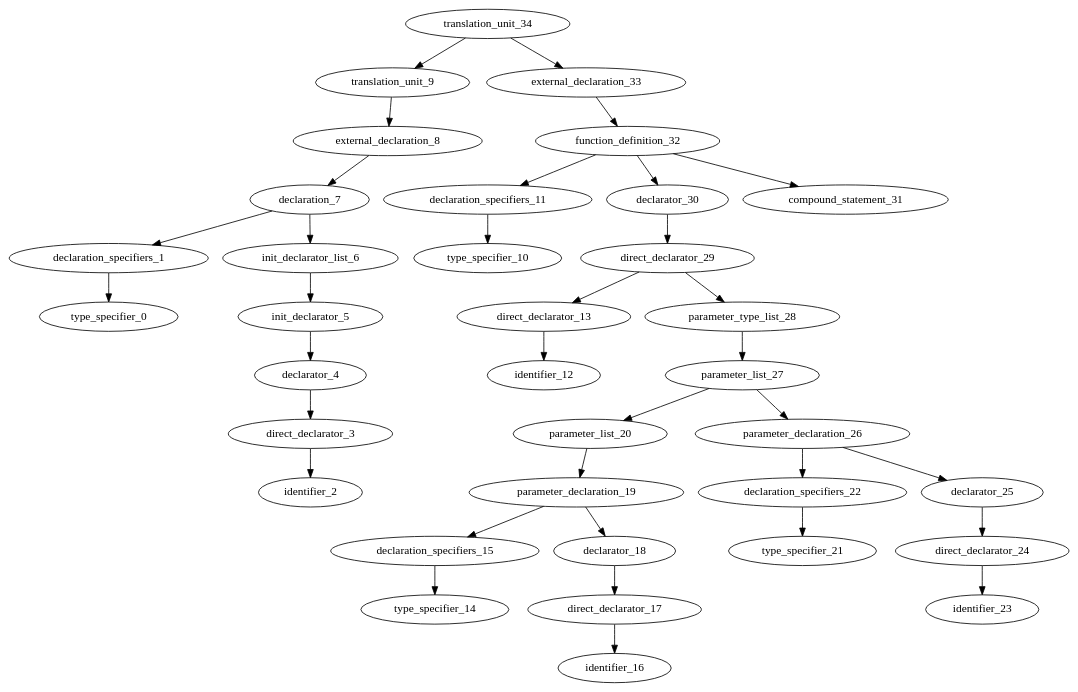
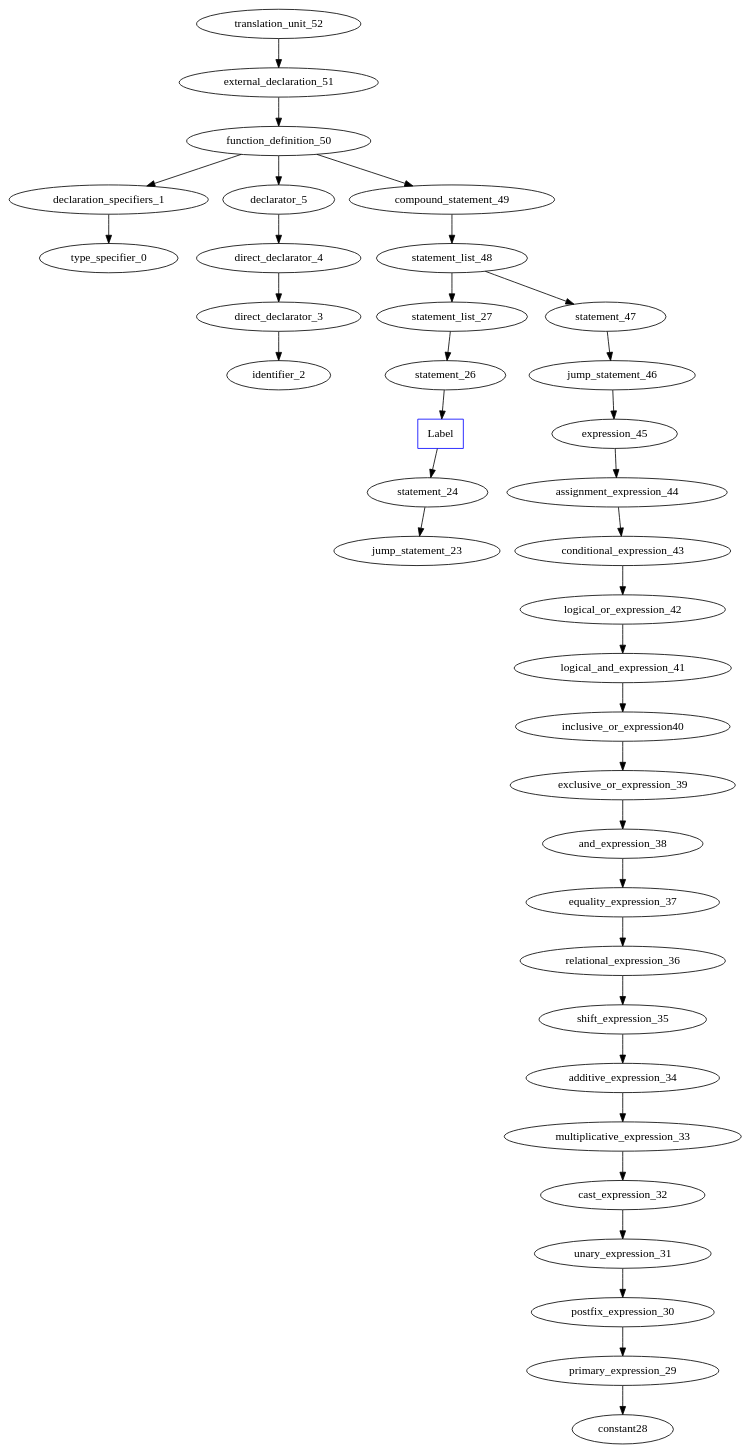
Before and after one commit to ahpalmerUNR/c_compiler: the diagram in graphs/default.gv, drawn with Graphviz. The commit also changed 7 other files, not shown here.

```diff
--- a/graphs/default.gv
+++ b/graphs/default.gv
@@ -1,36 +1,38 @@
 digraph AST {
-	translation_unit_34 -> translation_unit_9;
-	translation_unit_9 -> external_declaration_8;
-	external_declaration_8 -> declaration_7;
-	declaration_7 -> declaration_specifiers_1;
+	translation_unit_52 -> external_declaration_51;
+	external_declaration_51 -> function_definition_50;
+	function_definition_50 -> declaration_specifiers_1;
 	declaration_specifiers_1 -> type_specifier_0;
-	declaration_7 -> init_declarator_list_6;
-	init_declarator_list_6 -> init_declarator_5;
-	init_declarator_5 -> declarator_4;
-	declarator_4 -> direct_declarator_3;
+	function_definition_50 -> declarator_5;
+	declarator_5 -> direct_declarator_4;
+	direct_declarator_4 -> direct_declarator_3;
 	direct_declarator_3 -> identifier_2;
-	translation_unit_34 -> external_declaration_33;
-	external_declaration_33 -> function_definition_32;
-	function_definition_32 -> declaration_specifiers_11;
-	declaration_specifiers_11 -> type_specifier_10;
-	function_definition_32 -> declarator_30;
-	declarator_30 -> direct_declarator_29;
-	direct_declarator_29 -> direct_declarator_13;
-	direct_declarator_13 -> identifier_12;
-	direct_declarator_29 -> parameter_type_list_28;
-	parameter_type_list_28 -> parameter_list_27;
-	parameter_list_27 -> parameter_list_20;
-	parameter_list_20 -> parameter_declaration_19;
-	parameter_declaration_19 -> declaration_specifiers_15;
-	declaration_specifiers_15 -> type_specifier_14;
-	parameter_declaration_19 -> declarator_18;
-	declarator_18 -> direct_declarator_17;
-	direct_declarator_17 -> identifier_16;
-	parameter_list_27 -> parameter_declaration_26;
-	parameter_declaration_26 -> declaration_specifiers_22;
-	declaration_specifiers_22 -> type_specifier_21;
-	parameter_declaration_26 -> declarator_25;
-	declarator_25 -> direct_declarator_24;
-	direct_declarator_24 -> identifier_23;
-	function_definition_32 -> compound_statement_31;
+	function_definition_50 -> compound_statement_49;
+	compound_statement_49 -> statement_list_48;
+	statement_list_48 -> statement_list_27;
+	statement_list_27 -> statement_26;
+	statement_26 -> labeled_statement_25;
+	labeled_statement_25 [shape = box,color=blue,label="Label"]
+	labeled_statement_25 -> statement_24;
+	statement_24 -> jump_statement_23;
+	statement_list_48 -> statement_47;
+	statement_47 -> jump_statement_46;
+	jump_statement_46 -> expression_45;
+	expression_45 -> assignment_expression_44;
+	assignment_expression_44 -> conditional_expression_43;
+	conditional_expression_43 -> logical_or_expression_42;
+	logical_or_expression_42 -> logical_and_expression_41;
+	logical_and_expression_41 -> inclusive_or_expression40;
+	inclusive_or_expression40 -> exclusive_or_expression_39;
+	exclusive_or_expression_39 -> and_expression_38;
+	and_expression_38 -> equality_expression_37;
+	equality_expression_37 -> relational_expression_36;
+	relational_expression_36 -> shift_expression_35;
+	shift_expression_35 -> additive_expression_34;
+	additive_expression_34 -> multiplicative_expression_33;
+	multiplicative_expression_33 -> cast_expression_32;
+	cast_expression_32 -> unary_expression_31;
+	unary_expression_31 -> postfix_expression_30;
+	postfix_expression_30 -> primary_expression_29;
+	primary_expression_29 -> constant28;
 }
```
